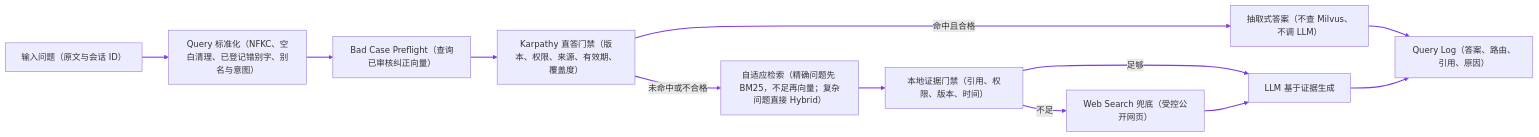
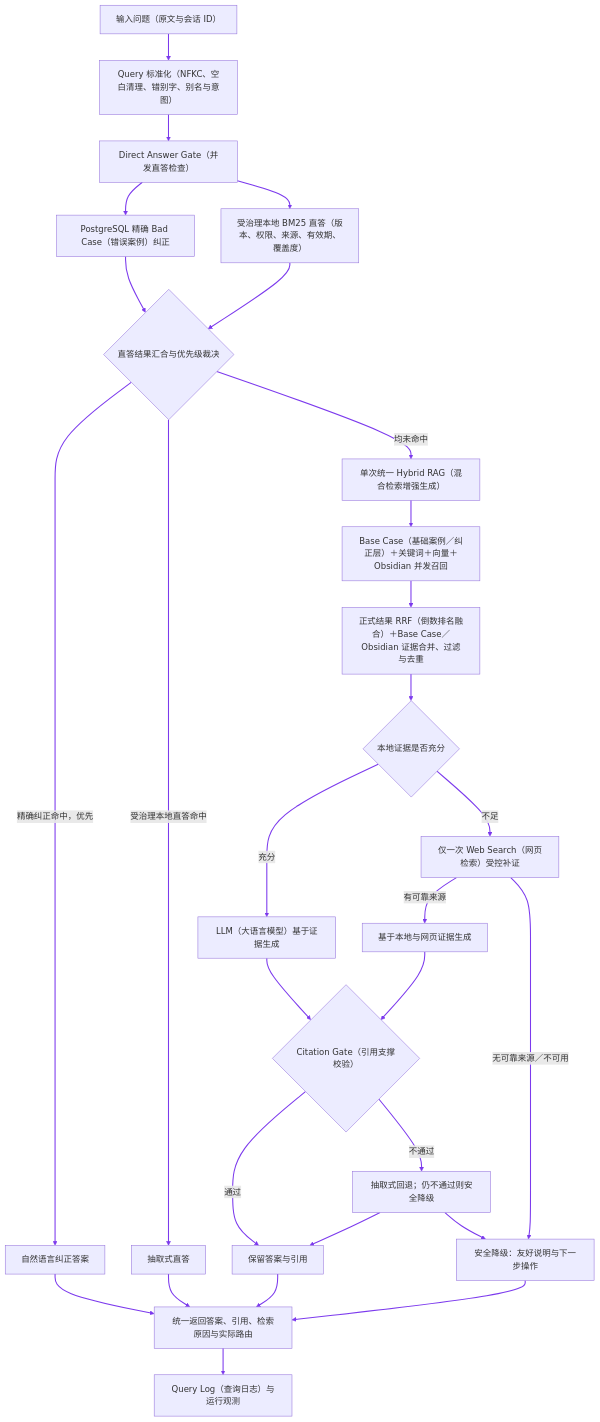
Before and after one commit to monstereatai/RAG: the fourth of 20 diagrams in docs/interview/功能步骤流程.md, drawn with Mermaid. The commit also changed other lines of this file and 97 other files, not shown here.

````diff
--- a/docs/interview/功能步骤流程.md
+++ b/docs/interview/功能步骤流程.md
@@ -144,15 +160,31 @@
 ```mermaid
-flowchart LR
-  A[输入问题（原文与会话 ID）] --> B[Query 标准化（NFKC、空白清理、已登记错别字、别名与意图）]
-  B --> C[Bad Case Preflight（查询已审核纠正向量）]
-  C --> D[Karpathy 直答门禁（版本、权限、来源、有效期、覆盖度）]
-  D -->|命中且合格| E[抽取式答案（不查 Milvus、不调 LLM）]
-  D -->|未命中或不合格| F[自适应检索（精确问题先 BM25，不足再向量；复杂问题直接 Hybrid）]
-  F --> G[本地证据门禁（引用、权限、版本、时间）]
-  G -->|足够| H[LLM 基于证据生成]
-  G -->|不足| I[Web Search 兜底（受控公开网页）]
-  I --> H
-  E --> J[Query Log（答案、路由、引用、原因）]
-  H --> J
-  linkStyle 0,1,2,3,4,5,6,7,8,9,10 stroke:#7c3aed,stroke-width:2px
+flowchart TB
+  A[输入问题（原文与会话 ID）] --> B[Query 标准化（NFKC、空白清理、错别字、别名与意图）]
+  B --> C[Direct Answer Gate（并发直答检查）]
+  C --> D[PostgreSQL 精确 Bad Case（错误案例）纠正]
+  C --> E[受治理本地 BM25 直答（版本、权限、来源、有效期、覆盖度）]
+  D --> F{直答结果汇合与优先级裁决}
+  E --> F
+  F -->|精确纠正命中，优先| G[自然语言纠正答案]
+  F -->|受治理本地直答命中| H[抽取式直答]
+  F -->|均未命中| I[单次统一 Hybrid RAG（混合检索增强生成）]
+  I --> J[Base Case（基础案例／纠正层）＋关键词＋向量＋Obsidian 并发召回]
+  J --> K[正式结果 RRF（倒数排名融合）＋Base Case／Obsidian 证据合并、过滤与去重]
+  K --> L{本地证据是否充分}
+  L -->|充分| M[LLM（大语言模型）基于证据生成]
+  L -->|不足| N[仅一次 Web Search（网页检索）受控补证]
+  N -->|有可靠来源| O[基于本地与网页证据生成]
+  N -->|无可靠来源／不可用| P[安全降级：友好说明与下一步操作]
+  M --> Q{Citation Gate（引用支撑校验）}
+  O --> Q
+  Q -->|通过| R[保留答案与引用]
+  Q -->|不通过| S[抽取式回退；仍不通过则安全降级]
+  S --> R
+  S --> P
+  G --> T[统一返回答案、引用、检索原因与实际路由]
+  H --> T
+  R --> T
+  P --> T
+  T --> U[Query Log（查询日志）与运行观测]
+  linkStyle 0,1,2,3,4,5,6,7,8,9,10,11,12,13,14,15,16,17,18,19,20,21,22,23,24,25,26 stroke:#7c3aed,stroke-width:2px
 ```
````
